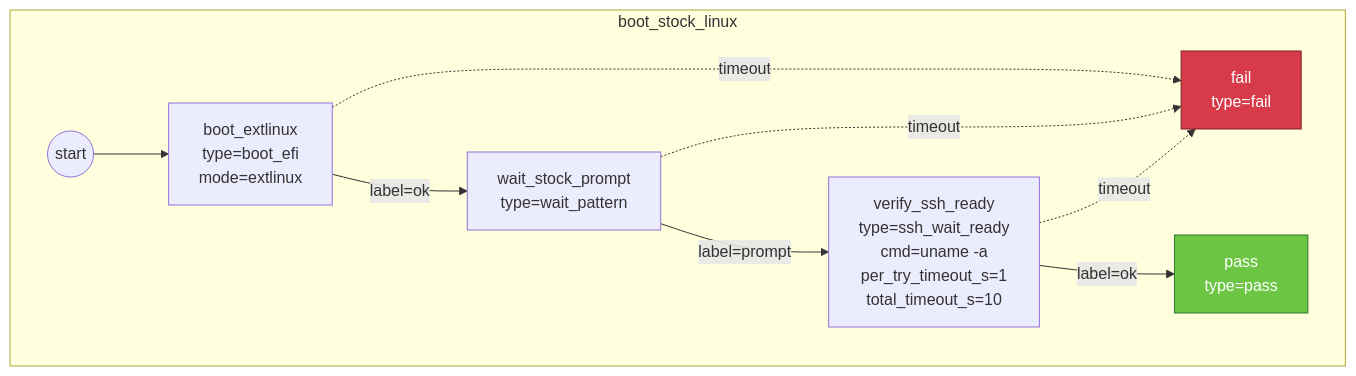
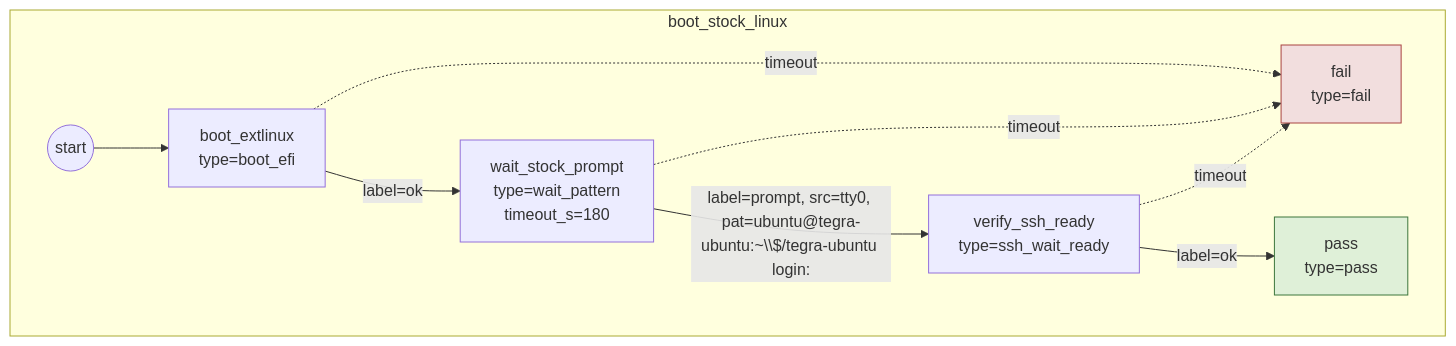
Before and after one commit to virtioso/autopilot: the diagram in diagrams/boot_stock_linux.mmd, drawn with Mermaid. The commit also changed 15 other files, not shown here.

Commit message:
diagrams: regenerate chain diagrams from current chain set

```diff
--- a/diagrams/boot_stock_linux.mmd
+++ b/diagrams/boot_stock_linux.mmd
@@ -1,21 +1,20 @@
 flowchart TD
 subgraph boot_stock_linux[boot_stock_linux]
 boot_stock_linux_start((start))
 boot_stock_linux_start --> boot_stock_linux__boot_extlinux
-boot_stock_linux__boot_extlinux["boot_extlinux<br/>type=boot_efi<br/>mode=extlinux"]
-boot_stock_linux__wait_stock_prompt["wait_stock_prompt<br/>type=wait_pattern"]
-boot_stock_linux__verify_ssh_ready["verify_ssh_ready<br/>type=ssh_wait_ready<br/>cmd=uname -a<br/>per_try_timeout_s=1<br/>total_timeout_s=10"]
+boot_stock_linux__boot_extlinux["boot_extlinux<br/>type=boot_efi"]
+boot_stock_linux__wait_stock_prompt["wait_stock_prompt<br/>type=wait_pattern<br/>timeout_s=180"]
+boot_stock_linux__verify_ssh_ready["verify_ssh_ready<br/>type=ssh_wait_ready"]
 boot_stock_linux__pass["pass<br/>type=pass"]
 boot_stock_linux__fail["fail<br/>type=fail"]
 boot_stock_linux__boot_extlinux -->|label=ok| boot_stock_linux__wait_stock_prompt
 boot_stock_linux__boot_extlinux -.->|timeout| boot_stock_linux__fail
-boot_stock_linux__wait_stock_prompt -->|label=prompt| boot_stock_linux__verify_ssh_ready
+boot_stock_linux__wait_stock_prompt -->|label=prompt, src=tty0, pat=ubuntu@tegra-ubuntu:~\\$/tegra-ubuntu login:| boot_stock_linux__verify_ssh_ready
 boot_stock_linux__wait_stock_prompt -.->|timeout| boot_stock_linux__fail
 boot_stock_linux__verify_ssh_ready -->|label=ok| boot_stock_linux__pass
 boot_stock_linux__verify_ssh_ready -.->|timeout| boot_stock_linux__fail
 end
-
-classDef pass fill:#6cc644,stroke:#2c7a2c,color:#fff;
-classDef fail fill:#d73a49,stroke:#7a1f25,color:#fff;
+classDef pass fill:#dff0d8,stroke:#3c763d,stroke-width:1px;
+classDef fail fill:#f2dede,stroke:#a94442,stroke-width:1px;
 class boot_stock_linux__pass pass;
 class boot_stock_linux__fail fail;
```
